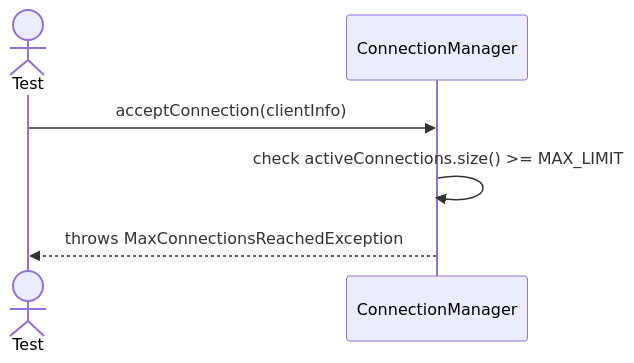
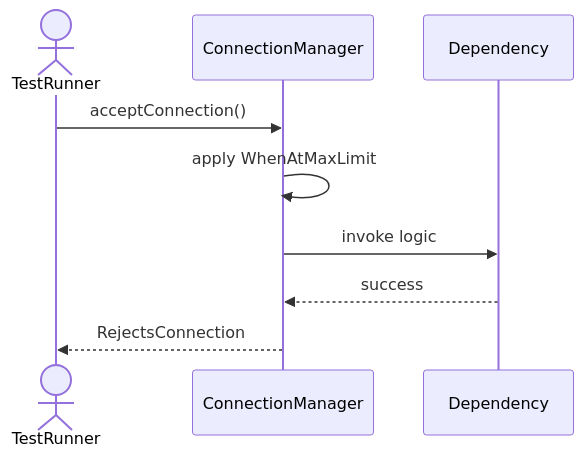
One commit to TamBui1706/DBMS changed the second of 10 diagrams in Sequences/Core/ConnectionManager.md. Above: the diagram before and after it, drawn with Mermaid. The commit also changed other lines of this file and 63 other files, not shown here.

Commit message:
Draw sequence diagram for unit tests

````diff
--- a/Sequences/Core/ConnectionManager.md
+++ b/Sequences/Core/ConnectionManager.md
@@ -33,9 +34,10 @@
 ```mermaid
 sequenceDiagram
-    actor Test
+    actor TestRunner
     participant ConnectionManager
-
-    Test->>ConnectionManager: acceptConnection(clientInfo)
-    ConnectionManager->>ConnectionManager: check activeConnections.size() >= MAX_LIMIT
-    ConnectionManager-->>Test: throws MaxConnectionsReachedException
+    TestRunner->>ConnectionManager: acceptConnection()
+    ConnectionManager->>ConnectionManager: apply WhenAtMaxLimit
+    ConnectionManager->>Dependency: invoke logic
+    Dependency-->>ConnectionManager: success
+    ConnectionManager-->>TestRunner: RejectsConnection
 ```
````
